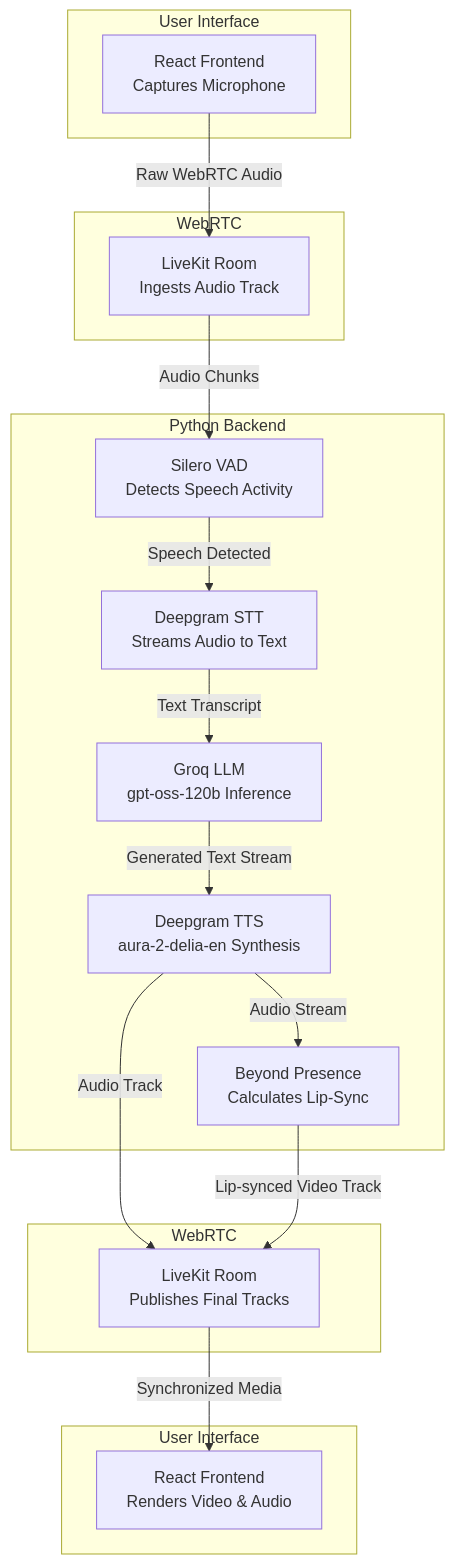
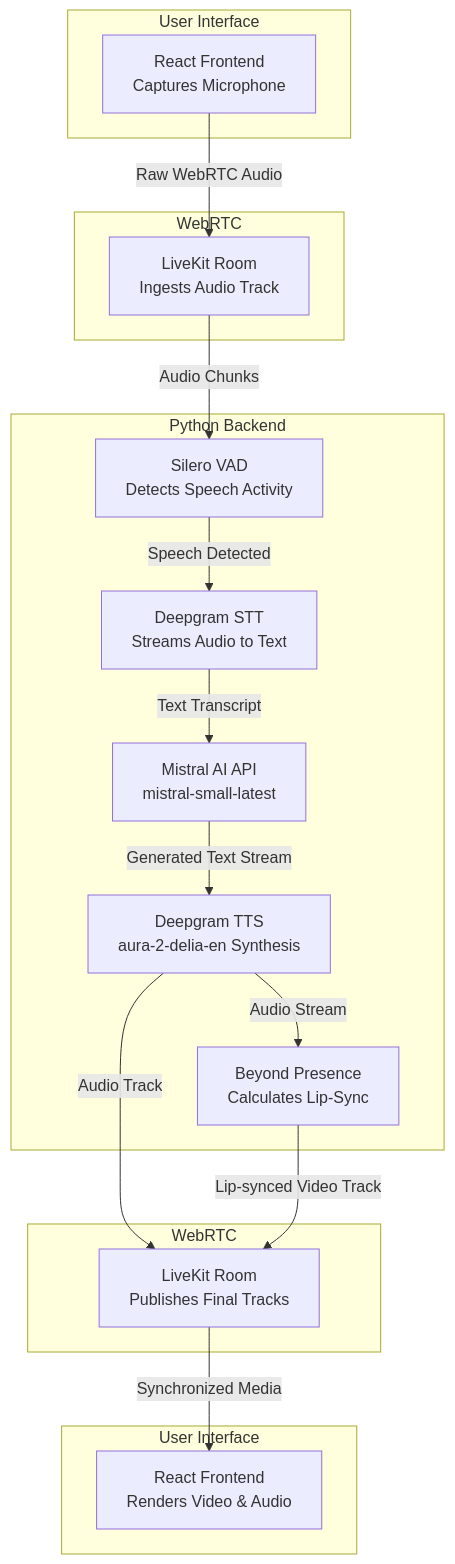
The second of 2 diagrams in README.md (shantanushinde99/TalkFlow-AI-), drawn with Mermaid before and after one commit. The commit also changed other lines of this file, not shown here.

Commit message:
Update README with Mistral API, dual-LLM architecture, avatar fallback, and topic evaluation

````diff
--- a/README.md
+++ b/README.md
@@ -75,36 +76,36 @@
 ```mermaid
 graph TD
     subgraph Client_Input [User Interface]
         F1[React Frontend<br/>Captures Microphone]
     end
 
     subgraph Transport_In [WebRTC]
         L1[LiveKit Room<br/>Ingests Audio Track]
     end
     
     subgraph AI_Processing_Pipeline [Python Backend]
         VAD[Silero VAD<br/>Detects Speech Activity]
         STT[Deepgram STT<br/>Streams Audio to Text]
-        LLM[Groq LLM<br/>gpt-oss-120b Inference]
+        LLM[Mistral AI API<br/>mistral-small-latest]
         TTS[Deepgram TTS<br/>aura-2-delia-en Synthesis]
         BEY[Beyond Presence<br/>Calculates Lip-Sync]
     end
 
     subgraph Transport_Out [WebRTC]
         L2[LiveKit Room<br/>Publishes Final Tracks]
     end
 
     subgraph Client_Output [User Interface]
         F2[React Frontend<br/>Renders Video & Audio]
     end
 
     F1 -- "Raw WebRTC Audio" --> L1
     L1 -- "Audio Chunks" --> VAD
     VAD -- "Speech Detected" --> STT
     STT -- "Text Transcript" --> LLM
     LLM -- "Generated Text Stream" --> TTS
     TTS -- "Audio Stream" --> BEY
     TTS -- "Audio Track" --> L2
     BEY -- "Lip-synced Video Track" --> L2
     L2 -- "Synchronized Media" --> F2
 ```
````
